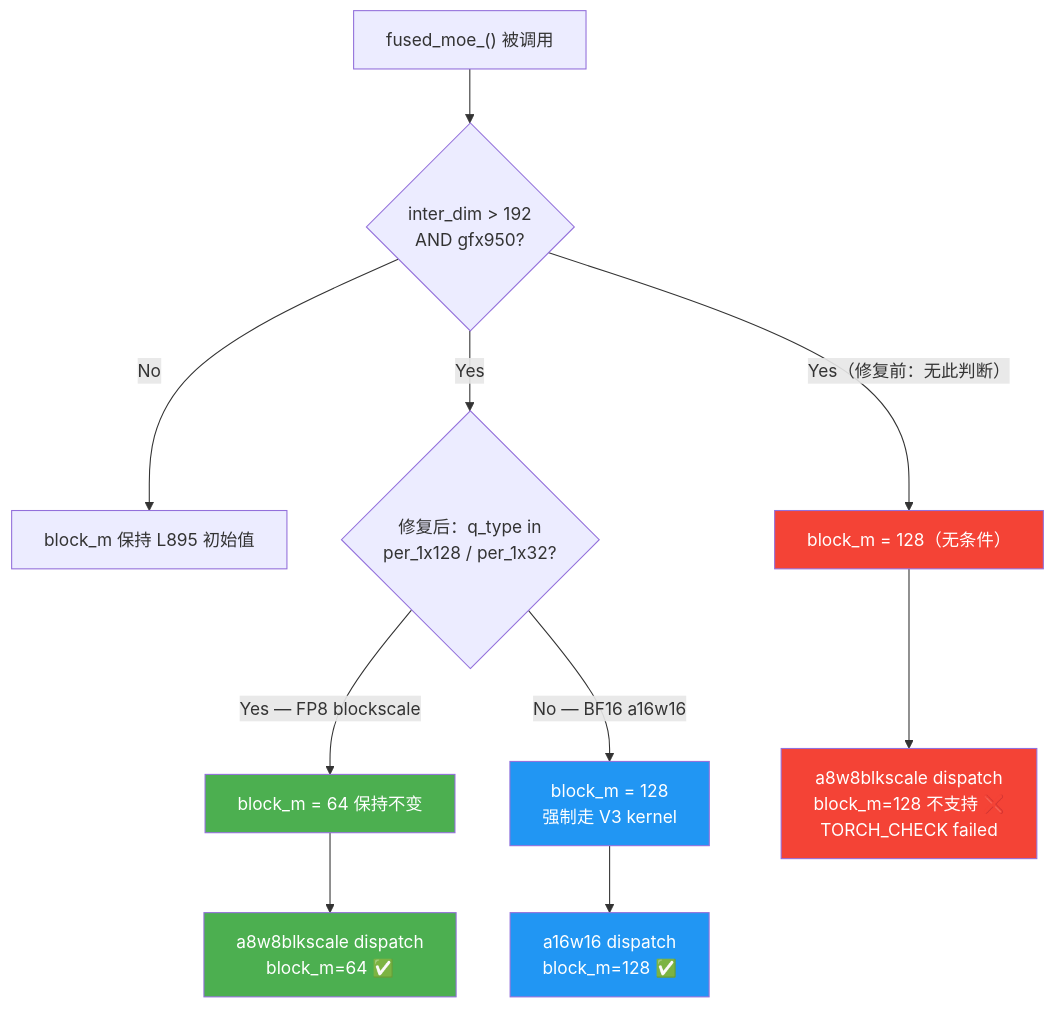
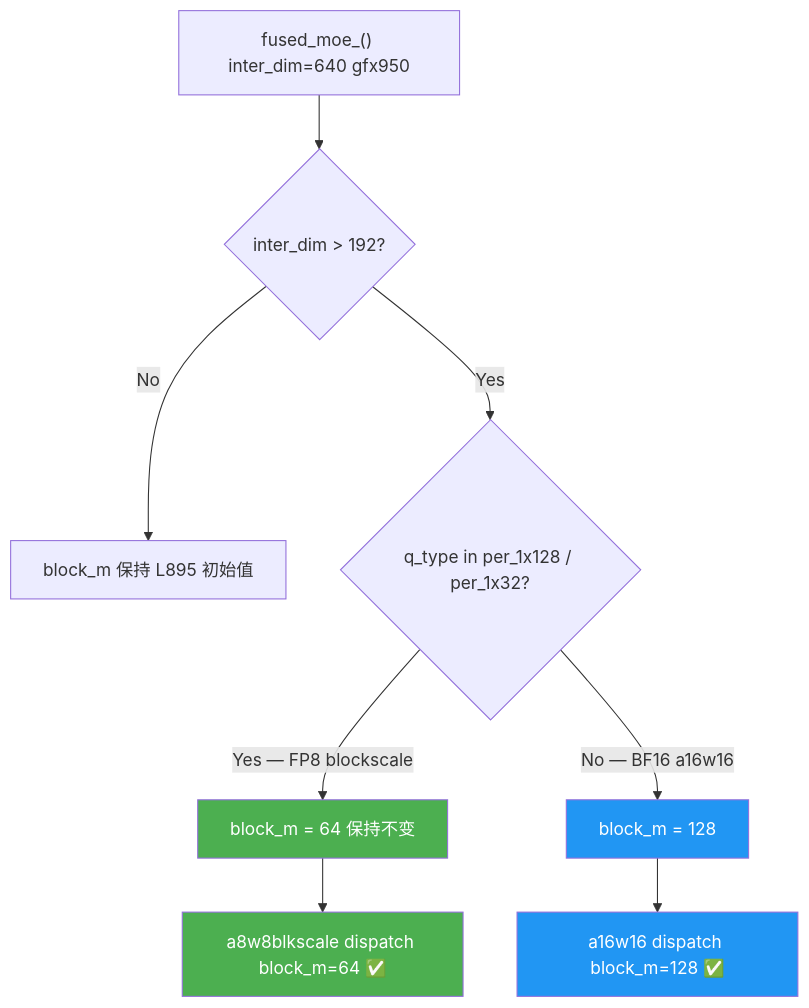
One commit to LJ-underdog/project_summary changed the second of 2 diagrams in step35-flash-support/05_fp8_inference.md. Above: the diagram before and after it, drawn with Mermaid. The commit also changed other lines of this file and 2 other files, not shown here.

````diff
--- a/step35-flash-support/05_fp8_inference.md
+++ b/step35-flash-support/05_fp8_inference.md
@@ -82,21 +93,14 @@
 ```mermaid
 graph TD
-    A["fused_moe_() 被调用"] --> B{"inter_dim > 192<br/>AND gfx950?"}
+    A["fused_moe_() inter_dim=640 gfx950"] --> B{"inter_dim > 192?"}
     B -->|No| C["block_m 保持 L895 初始值"]
-    B -->|Yes| D{"修复后：q_type in<br/>per_1x128 / per_1x32?"}
-    B -->|"Yes（修复前：无此判断）"| X["block_m = 128（无条件）"]
-
+    B -->|Yes| D{"q_type in per_1x128 / per_1x32?"}
     D -->|"Yes — FP8 blockscale"| E["block_m = 64 保持不变"]
-    D -->|"No — BF16 a16w16"| F["block_m = 128<br/>强制走 V3 kernel"]
-
-    X --> I["a8w8blkscale dispatch<br/>block_m=128 不支持 ❌<br/>TORCH_CHECK failed"]
-    E --> G["a8w8blkscale dispatch<br/>block_m=64 ✅"]
-    F --> H["a16w16 dispatch<br/>block_m=128 ✅"]
-
+    D -->|"No — BF16 a16w16"| F["block_m = 128"]
+    E --> G["a8w8blkscale dispatch block_m=64 ✅"]
+    F --> H["a16w16 dispatch block_m=128 ✅"]
     style E fill:#4CAF50,color:#fff
     style G fill:#4CAF50,color:#fff
     style F fill:#2196F3,color:#fff
     style H fill:#2196F3,color:#fff
-    style X fill:#F44336,color:#fff
-    style I fill:#F44336,color:#fff
 ```
````
